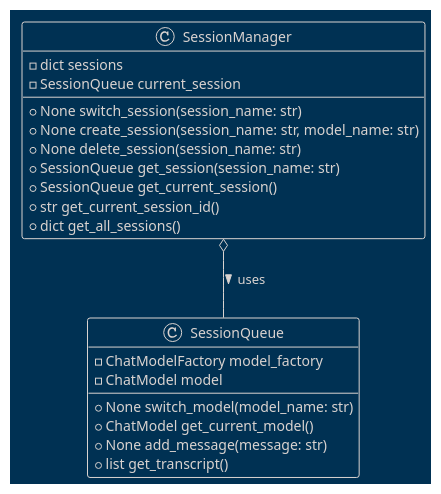
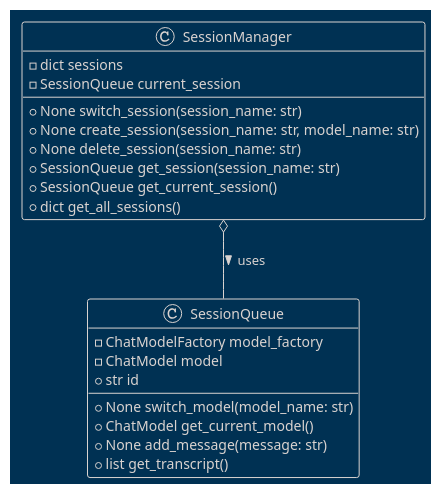
Before and after one commit to teleprint-me/py.gpt.prompt: the diagram in docs/diagrams/plantuml/session_manager.puml, drawn with PlantUML. The commit also changed 1 other file, not shown here.

Commit message:
docs: Add minor fixes to UML session management

```diff
--- a/docs/diagrams/plantuml/session_manager.puml
+++ b/docs/diagrams/plantuml/session_manager.puml
@@ -1,26 +1,26 @@
 @startuml SessionManager
 !theme blueprint
 
 class SessionManager {
     - dict sessions
     - SessionQueue current_session
     + None switch_session(session_name: str)
     + None create_session(session_name: str, model_name: str)
     + None delete_session(session_name: str)
     + SessionQueue get_session(session_name: str)
     + SessionQueue get_current_session()
-    + str get_current_session_id()
     + dict get_all_sessions()
 }
 
 class SessionQueue {
     - ChatModelFactory model_factory
     - ChatModel model
+    + str id
     + None switch_model(model_name: str)
     + ChatModel get_current_model()
     + None add_message(message: str)
     + list get_transcript()
 }
 
 SessionManager o-- SessionQueue : uses >
 @enduml
```
